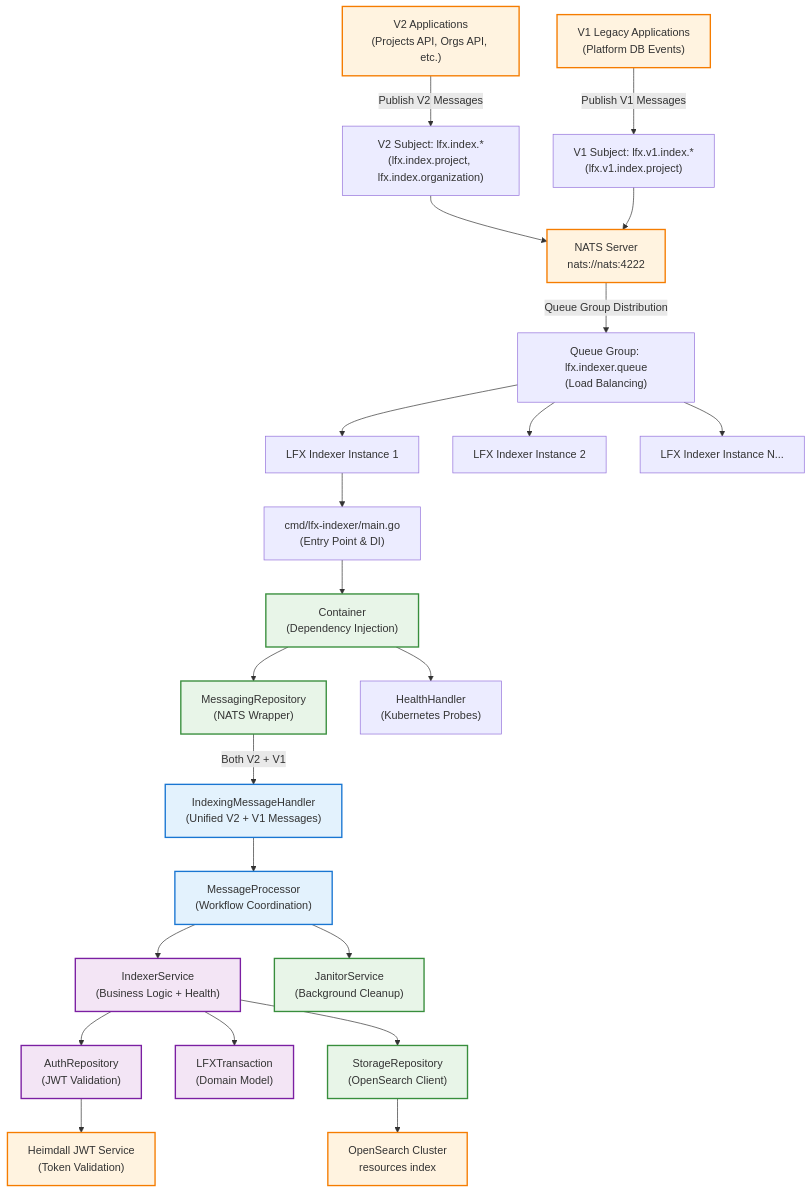
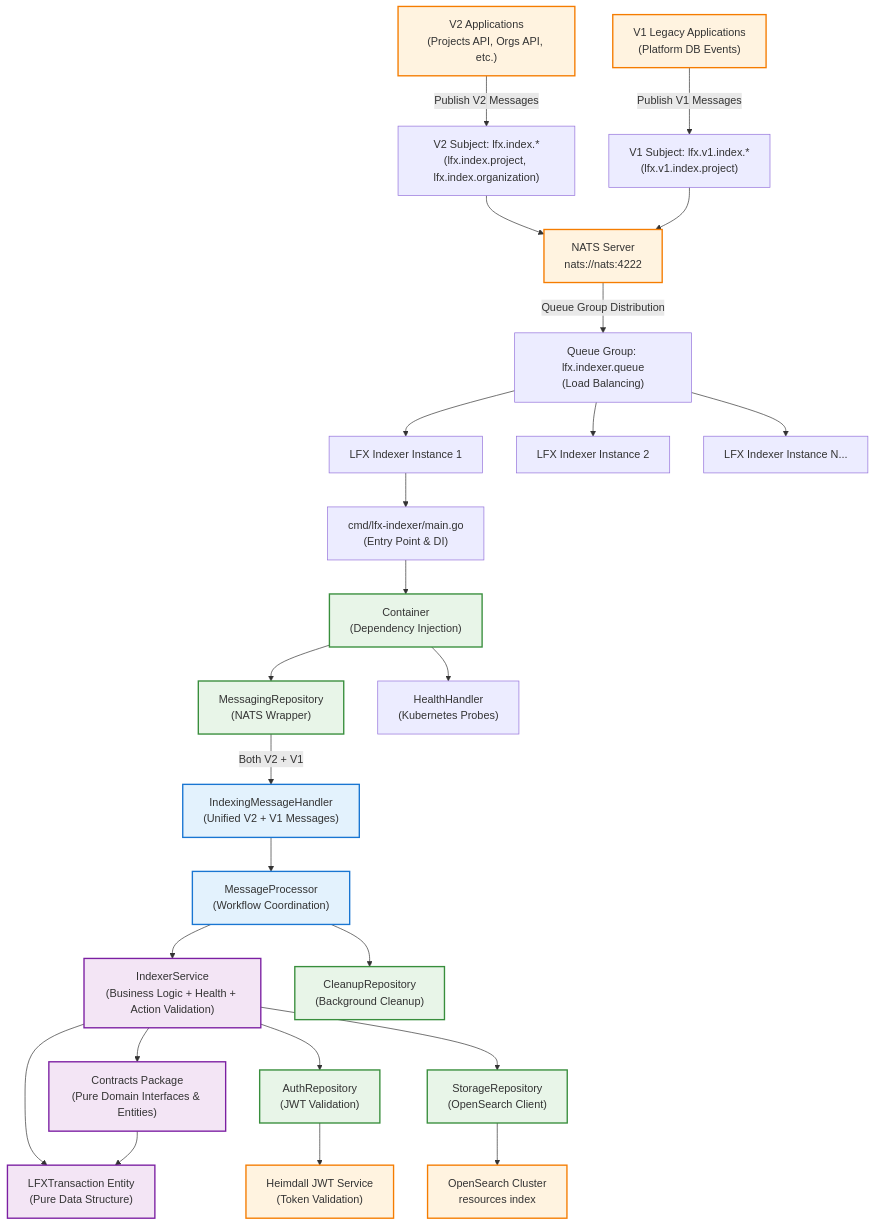
The first of 2 diagrams in README.md (linuxfoundation/lfx-v2-indexer-service), drawn with Mermaid before and after one commit. The commit also changed other lines of this file and 24 other files, not shown here.

Commit message:
removed the start and end time for logging. moved the janitor service to cleanup repo. updated the domain contracts.

````diff
--- a/README.md
+++ b/README.md
@@ -138,16 +136,17 @@
     MESSAGE_PROCESSOR["MessageProcessor<br/>(Workflow Coordination)"]
     
     %% Domain Layer
-    INDEXER_SVC["IndexerService<br/>(Business Logic + Health)"]
-    AUTH_REPO["AuthRepository<br/>(JWT Validation)"]
-    TRANSACTION_ENTITY["LFXTransaction<br/>(Domain Model)"]
+    INDEXER_SVC["IndexerService<br/>(Business Logic + Health + Action Validation)"]
+    CONTRACTS_PKG["Contracts Package<br/>(Pure Domain Interfaces & Entities)"]
+    TRANSACTION_ENTITY["LFXTransaction Entity<br/>(Pure Data Structure)"]
     
     %% Infrastructure Layer
     STORAGE_REPO["StorageRepository<br/>(OpenSearch Client)"]
+    AUTH_REPO["AuthRepository<br/>(JWT Validation)"]
     OPENSEARCH["OpenSearch Cluster<br/>resources index"]
     
-    %% Janitor System
-    JANITOR_SVC["JanitorService<br/>(Background Cleanup)"]
+    %% Cleanup System
+    CLEANUP_REPO["CleanupRepository<br/>(Background Cleanup)"]
     
     %% External Services
     JWT_SERVICE["Heimdall JWT Service<br/>(Token Validation)"]
@@ -175,11 +174,14 @@
     %% Processing Flow
     UNIFIED_HANDLER --> MESSAGE_PROCESSOR
     MESSAGE_PROCESSOR --> INDEXER_SVC
-    MESSAGE_PROCESSOR --> JANITOR_SVC
+    MESSAGE_PROCESSOR --> CLEANUP_REPO
     
+    INDEXER_SVC --> CONTRACTS_PKG
     INDEXER_SVC --> TRANSACTION_ENTITY
     INDEXER_SVC --> AUTH_REPO
     INDEXER_SVC --> STORAGE_REPO
+    
+    CONTRACTS_PKG --> TRANSACTION_ENTITY
     
     STORAGE_REPO --> OPENSEARCH
     AUTH_REPO --> JWT_SERVICE
@@ -191,7 +193,7 @@
     classDef external fill:#fff3e0,stroke:#f57c00,stroke-width:2px
     
     class MESSAGE_PROCESSOR,UNIFIED_HANDLER application
-    class INDEXER_SVC,TRANSACTION_ENTITY,AUTH_REPO domain
-    class CONTAINER,MSG_REPO,STORAGE_REPO,JANITOR_SVC infrastructure
+    class INDEXER_SVC,CONTRACTS_PKG,TRANSACTION_ENTITY domain
+    class CONTAINER,MSG_REPO,STORAGE_REPO,AUTH_REPO,CLEANUP_REPO infrastructure
     class V2_APPS,V1_APPS,JWT_SERVICE,OPENSEARCH,NATS_SERVER external
 ```
````
